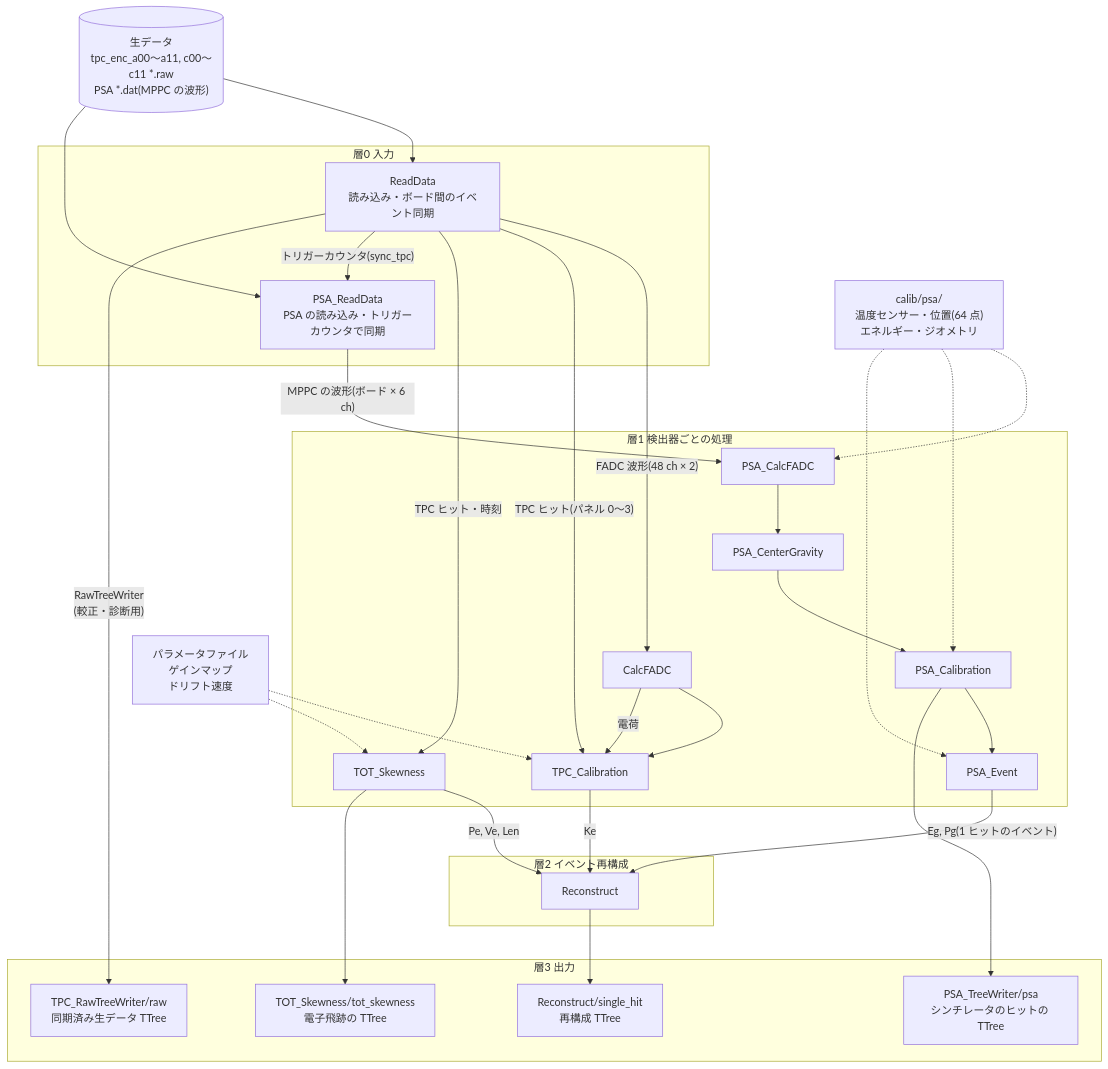
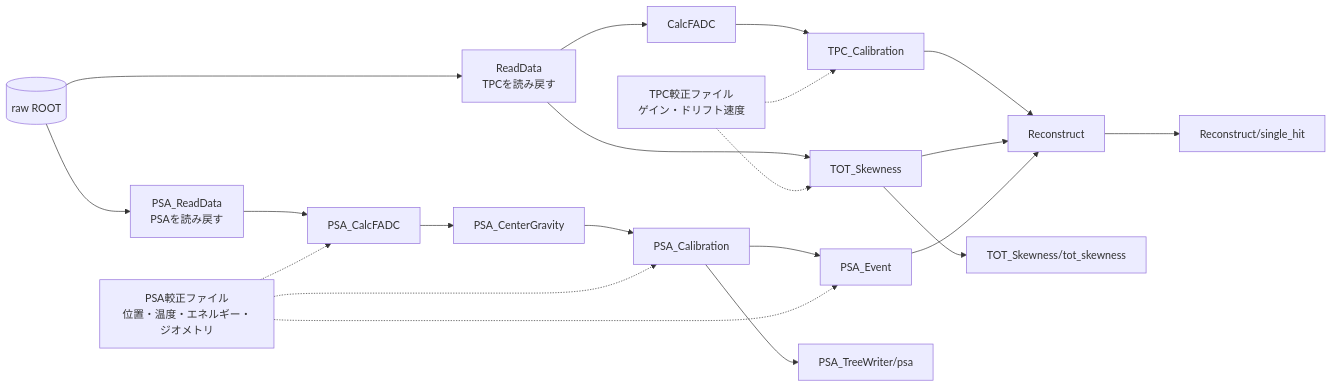
One commit to SMILE-tool-box/EricaNext changed the third of 3 diagrams in README.md. Above: the diagram before and after it, drawn with Mermaid. The commit also changed other lines of this file and 36 other files, not shown here.

Commit message:
Apply documentation review and preserve complete raw data in staged pipeline

````diff
--- a/README.md
+++ b/README.md
@@ -147,46 +172,17 @@
 ```mermaid
-flowchart TD
-  RAW[("生データ<br>tpc_enc_a00〜a11, c00〜c11 *.raw<br>PSA *.dat(MPPC の波形)")]
-  subgraph L0["層0 入力"]
-    RD["ReadData<br>読み込み・ボード間のイベント同期"]
-    PRD["PSA_ReadData<br>PSA の読み込み・トリガーカウンタで同期"]
-  end
-  subgraph L1["層1 検出器ごとの処理"]
-    CF[CalcFADC] --> TC[TPC_Calibration]
-    TOT[TOT_Skewness]
-    PCF[PSA_CalcFADC] --> PCG[PSA_CenterGravity] --> PCAL[PSA_Calibration] --> PEV[PSA_Event]
-  end
-  subgraph L2["層2 イベント再構成"]
-    REC[Reconstruct]
-  end
-  subgraph L3["層3 出力"]
-    OUT["Reconstruct/single_hit<br>再構成 TTree"]
-    TOTT["TOT_Skewness/tot_skewness<br>電子飛跡の TTree"]
-    RAWT["TPC_RawTreeWriter/raw<br>同期済み生データ TTree"]
-    PSAT["PSA_TreeWriter/psa<br>シンチレータのヒットの TTree"]
-  end
-  PRM["パラメータファイル<br>ゲインマップ<br>ドリフト速度"]
-  PPRM["calib/psa/<br>温度センサー・位置(64 点)<br>エネルギー・ジオメトリ"]
-
-  RAW --> RD
-  RAW --> PRD
-  PRM -.-> TC
+flowchart LR
+  ROOT[(raw ROOT)] --> RD["ReadData<br>TPCを読み戻す"]
+  ROOT --> PRD["PSA_ReadData<br>PSAを読み戻す"]
+  RD --> CF[CalcFADC] --> TC[TPC_Calibration] --> REC[Reconstruct]
+  RD --> TOT[TOT_Skewness] --> REC
+  PRD --> PCF[PSA_CalcFADC] --> PCG[PSA_CenterGravity] --> PCAL[PSA_Calibration]
+  PCAL --> PEV[PSA_Event] --> REC
+  PCAL --> PSAT["PSA_TreeWriter/psa"]
+  REC --> OUT["Reconstruct/single_hit"]
+  TOT --> TOTT["TOT_Skewness/tot_skewness"]
+  PRM["TPC較正ファイル<br>ゲイン・ドリフト速度"] -.-> TC
   PRM -.-> TOT
-  PPRM -.-> PCF
+  PPRM["PSA較正ファイル<br>位置・温度・エネルギー・ジオメトリ"] -.-> PCF
   PPRM -.-> PCAL
   PPRM -.-> PEV
-  RD -- "FADC 波形(48 ch × 2)" --> CF
-  RD -- "TPC ヒット(パネル 0〜3)" --> TC
-  RD -- "TPC ヒット・時刻" --> TOT
-  RD -- "トリガーカウンタ(sync_tpc)" --> PRD
-  PRD -- "MPPC の波形(ボード × 6 ch)" --> PCF
-  CF -- "電荷" --> TC
-  TC -- "Ke" --> REC
-  PEV -- "Eg, Pg(1 ヒットのイベント)" --> REC
-  PCAL --> PSAT
-  TOT -- "Pe, Ve, Len" --> REC
-  REC --> OUT
-  TOT --> TOTT
-  RD -- "RawTreeWriter<br>(較正・診断用)" --> RAWT
-
 ```
````
